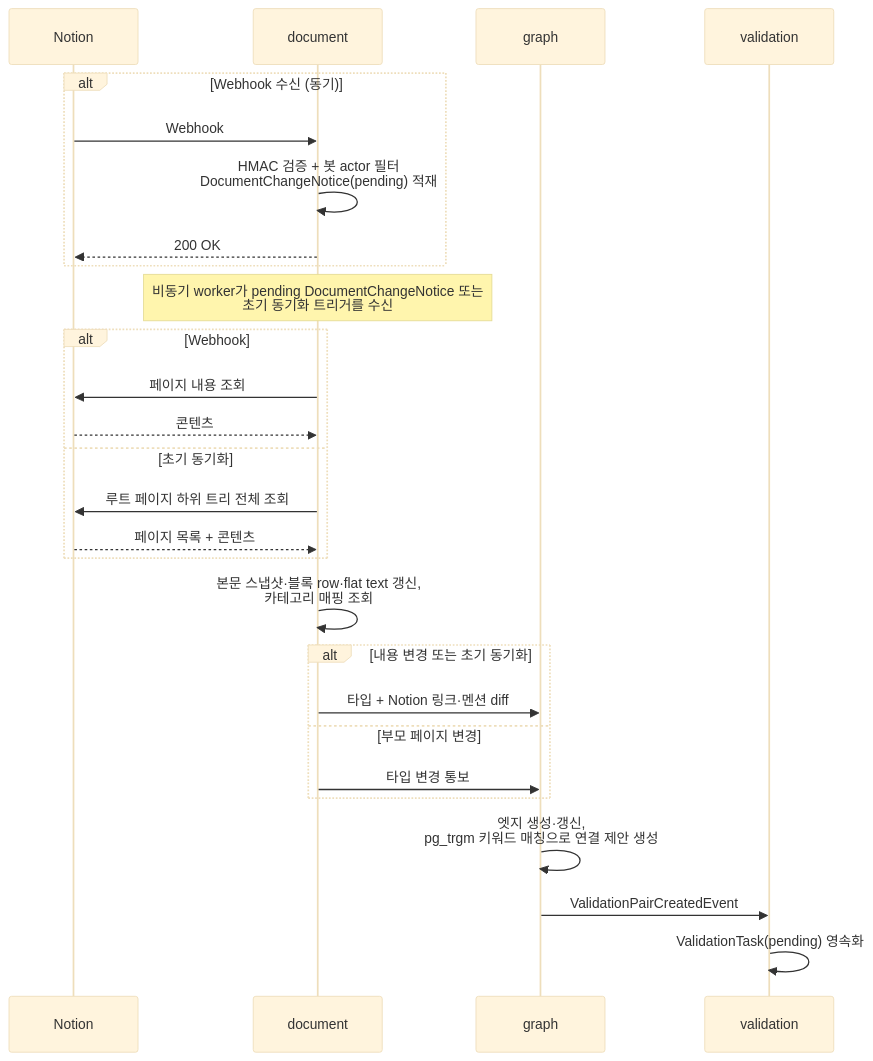
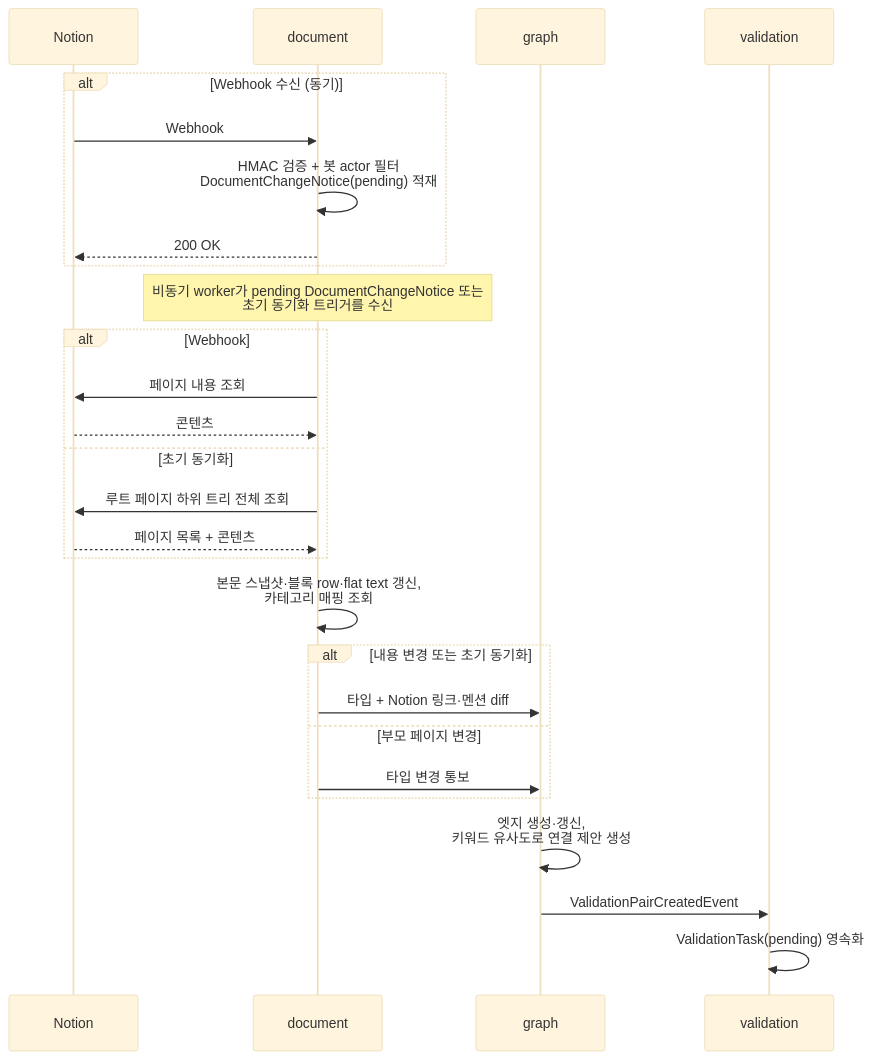
The second of 3 diagrams in docs/domains.md (KHU-Cloud-2026-H/doc-graph), drawn with Mermaid (base theme) before and after one commit. The commit also changed other lines of this file and 7 other files, not shown here.

````diff
--- a/docs/domains.md
+++ b/docs/domains.md
@@ -43,31 +43,31 @@
 ```mermaid
 sequenceDiagram
     participant Notion
     participant document
     participant graph
     participant validation
 
     alt Webhook 수신 (동기)
         Notion->>document: Webhook
         document->>document: HMAC 검증 + 봇 actor 필터<br/>DocumentChangeNotice(pending) 적재
         document-->>Notion: 200 OK
     end
 
     Note over document: 비동기 worker가 pending DocumentChangeNotice 또는<br/>초기 동기화 트리거를 수신
     alt Webhook
         document->>Notion: 페이지 내용 조회
         Notion-->>document: 콘텐츠
     else 초기 동기화
         document->>Notion: 루트 페이지 하위 트리 전체 조회
         Notion-->>document: 페이지 목록 + 콘텐츠
     end
     document->>document: 본문 스냅샷·블록 row·flat text 갱신,<br/>카테고리 매핑 조회
     alt 내용 변경 또는 초기 동기화
         document->>graph: 타입 + Notion 링크·멘션 diff
     else 부모 페이지 변경
         document->>graph: 타입 변경 통보
     end
-    graph->>graph: 엣지 생성·갱신,<br/>pg_trgm 키워드 매칭으로 연결 제안 생성
+    graph->>graph: 엣지 생성·갱신,<br/>키워드 유사도로 연결 제안 생성
     graph->>validation: ValidationPairCreatedEvent
     validation->>validation: ValidationTask(pending) 영속화
 ```
````
